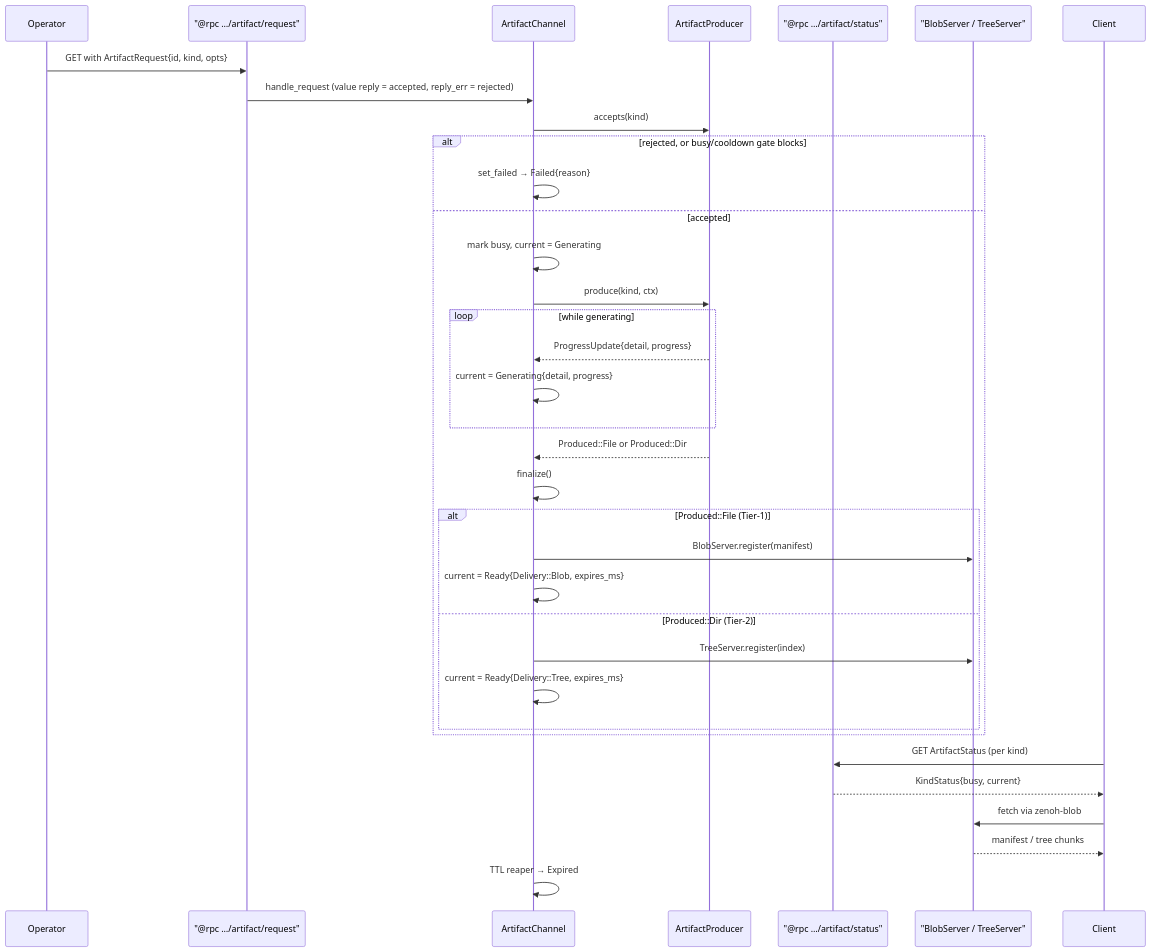
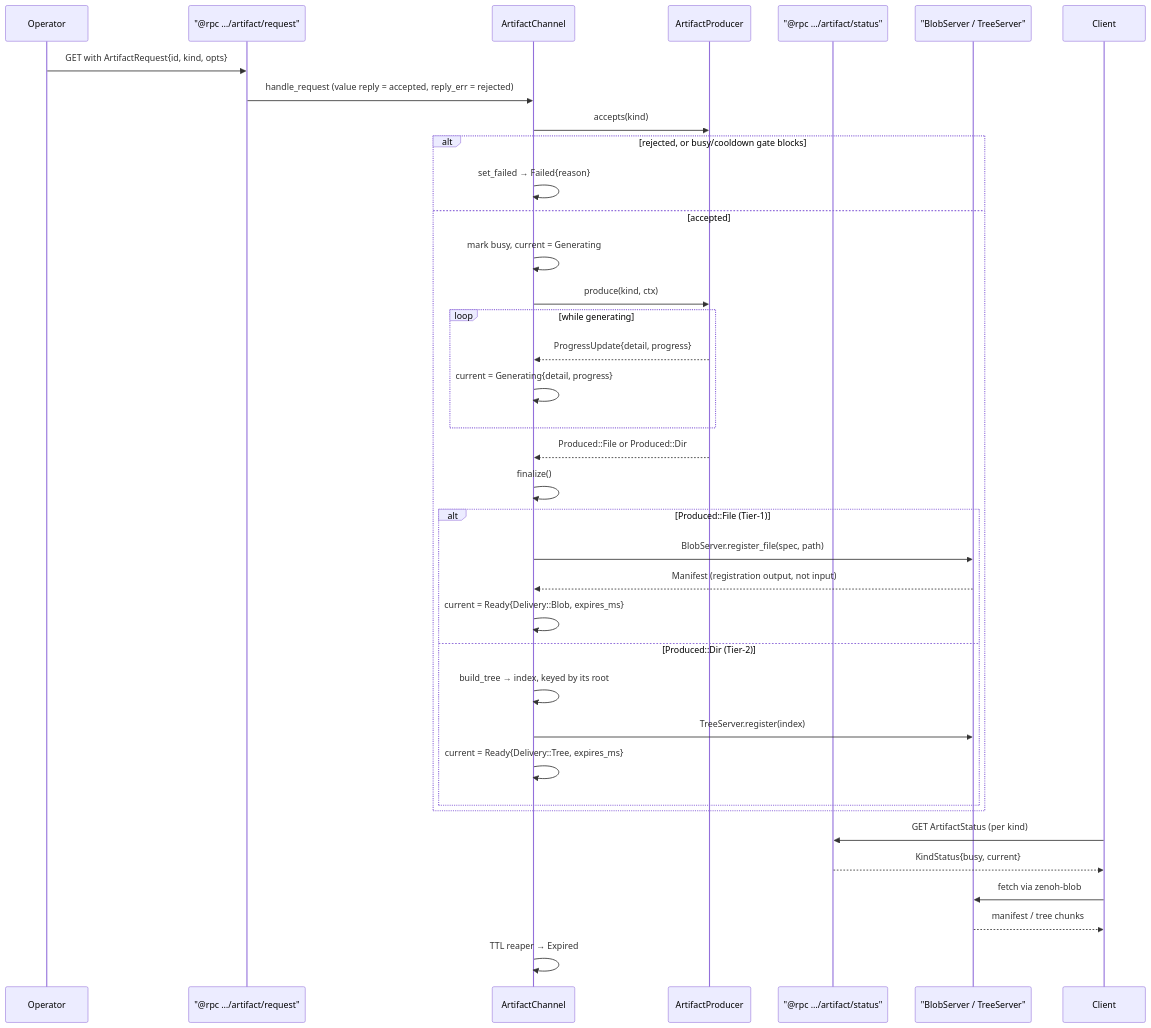
The second of 2 diagrams in zensight-sensor-core/docs/artifacts.md (p13marc/zensight), drawn with Mermaid before and after one commit. The commit also changed other lines of this file and 1 other file, not shown here.

Commit message:
docs: correct zblob 0.3 drift
- CHANGELOG gains the wire-v3 entry the port commit skipped: fail-closed
  peers, warm chunk stores (the opposite of the sha256→blake3 cut),
  typed prefixes, tier-2 materialization hardening, CDC geometry fix.
- artifacts.md: registration is register_file(spec, path) with the
  manifest as its *output*, and the tree index is keyed by its root;
  the workdir is honestly described as the shared system temp dir, not
  a "private" one.

````diff
--- a/zensight-sensor-core/docs/artifacts.md
+++ b/zensight-sensor-core/docs/artifacts.md
@@ -69,38 +69,40 @@
 ```mermaid
 sequenceDiagram
     participant Operator
     participant Request as "@rpc …/artifact/request"
     participant Channel as ArtifactChannel
     participant Producer as ArtifactProducer
     participant Status as "@rpc …/artifact/status"
     participant Blob as "BlobServer / TreeServer"
     participant Client
 
     Operator->>Request: GET with ArtifactRequest{id, kind, opts}
     Request->>Channel: handle_request (value reply = accepted, reply_err = rejected)
     Channel->>Producer: accepts(kind)
     alt rejected, or busy/cooldown gate blocks
         Channel->>Channel: set_failed → Failed{reason}
     else accepted
         Channel->>Channel: mark busy, current = Generating
         Channel->>Producer: produce(kind, ctx)
         loop while generating
             Producer-->>Channel: ProgressUpdate{detail, progress}
             Channel->>Channel: current = Generating{detail, progress}
         end
         Producer-->>Channel: Produced::File or Produced::Dir
         Channel->>Channel: finalize()
         alt Produced::File (Tier-1)
-            Channel->>Blob: BlobServer.register(manifest)
+            Channel->>Blob: BlobServer.register_file(spec, path)
+            Blob-->>Channel: Manifest (registration output, not input)
             Channel->>Channel: current = Ready{Delivery::Blob, expires_ms}
         else Produced::Dir (Tier-2)
+            Channel->>Channel: build_tree → index, keyed by its root
             Channel->>Blob: TreeServer.register(index)
             Channel->>Channel: current = Ready{Delivery::Tree, expires_ms}
         end
     end
     Client->>Status: GET ArtifactStatus (per kind)
     Status-->>Client: KindStatus{busy, current}
     Client->>Blob: fetch via zenoh-blob
     Blob-->>Client: manifest / tree chunks
     Channel->>Channel: TTL reaper → Expired
 ```
````
